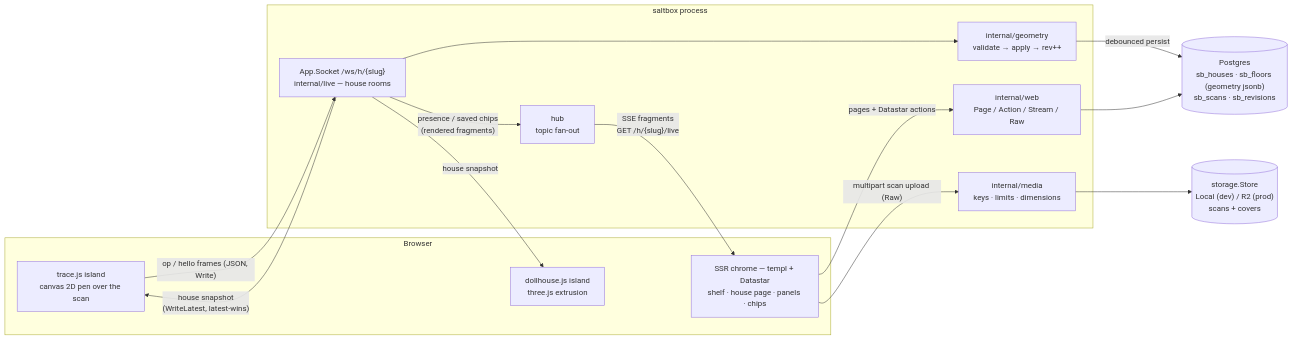
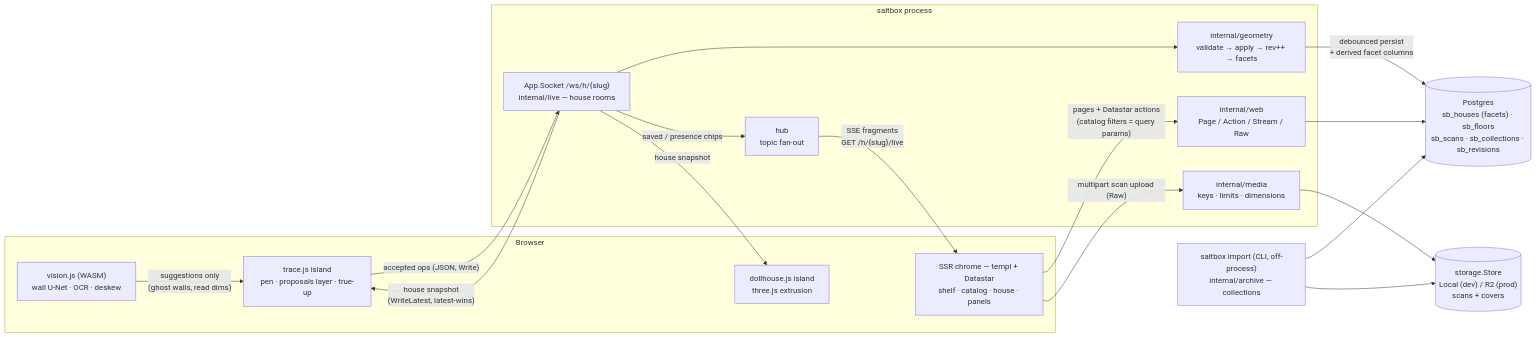
Before and after one commit to ThirdCoastInteractive/Beach: the first of 3 diagrams in cmd/saltbox/README.md, drawn with Mermaid. The commit also changed other lines of this file and 5 other files, not shown here.

Commit message:
saltbox: plan v2 — the seeing pencil (quantize + typed dims + OCR + wall proposals) and the archive catalog; 5th mockup

````diff
--- a/cmd/saltbox/README.md
+++ b/cmd/saltbox/README.md
@@ -75,29 +100,34 @@
 ```mermaid
 flowchart LR
     subgraph browser["Browser"]
-        SSR["SSR chrome — templ + Datastar<br/>shelf · house page · panels · chips"]
-        TRACE["trace.js island<br/>canvas 2D pen over the scan"]
+        SSR["SSR chrome — templ + Datastar<br/>shelf · catalog · house · panels"]
+        TRACE["trace.js island<br/>pen · proposals layer · true-up"]
+        VIS["vision.js (WASM)<br/>wall U-Net · OCR · deskew"]
         DOLL["dollhouse.js island<br/>three.js extrusion"]
     end
     subgraph proc["saltbox process"]
         WEB["internal/web<br/>Page / Action / Stream / Raw"]
         SOCK["App.Socket /ws/h/{slug}<br/>internal/live — house rooms"]
-        GEO["internal/geometry<br/>validate → apply → rev++"]
+        GEO["internal/geometry<br/>validate → apply → rev++ → facets"]
         MEDIA["internal/media<br/>keys · limits · dimensions"]
         HUB["hub<br/>topic fan-out"]
     end
-    PG[("Postgres<br/>sb_houses · sb_floors (geometry jsonb)<br/>sb_scans · sb_revisions")]
+    IMP["saltbox import (CLI, off-process)<br/>internal/archive — collections"]
+    PG[("Postgres<br/>sb_houses (facets) · sb_floors<br/>sb_scans · sb_collections · sb_revisions")]
     OBJ[("storage.Store<br/>Local (dev) / R2 (prod)<br/>scans + covers")]
 
-    SSR -- "pages + Datastar actions" --> WEB
+    VIS -- "suggestions only<br/>(ghost walls, read dims)" --> TRACE
+    SSR -- "pages + Datastar actions<br/>(catalog filters = query params)" --> WEB
     HUB -- "SSE fragments<br/>GET /h/{slug}/live" --> SSR
-    TRACE -- "op / hello frames (JSON, Write)" --> SOCK
+    TRACE -- "accepted ops (JSON, Write)" --> SOCK
     SOCK -- "house snapshot<br/>(WriteLatest, latest-wins)" --> TRACE
     SOCK -- "house snapshot" --> DOLL
     SSR -- "multipart scan upload (Raw)" --> MEDIA
     MEDIA --> OBJ
     SOCK --> GEO
-    GEO -- "debounced persist" --> PG
+    GEO -- "debounced persist<br/>+ derived facet columns" --> PG
     WEB --> PG
-    SOCK -- "presence / saved chips<br/>(rendered fragments)" --> HUB
+    SOCK -- "saved / presence chips" --> HUB
+    IMP --> OBJ
+    IMP --> PG
 ```
````
